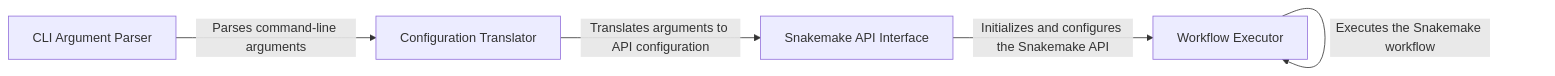
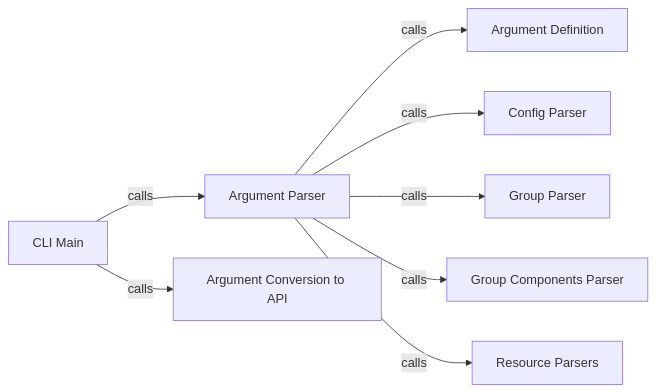
Before and after one commit to CodeBoarding/GeneratedOnBoardings: the diagram in snakemake/Command Line Interface.md, drawn with Mermaid. The commit also changed other lines of this file and 11 other files, not shown here.

````diff
--- a/snakemake/Command Line Interface.md
+++ b/snakemake/Command Line Interface.md
@@ -1,11 +1,18 @@
 ```mermaid
 graph LR
-    CLI_Argument_Parser["CLI Argument Parser"]
-    Configuration_Translator["Configuration Translator"]
-    Snakemake_API_Interface["Snakemake API Interface"]
-    Workflow_Executor["Workflow Executor"]
-    CLI_Argument_Parser -- "Parses command-line arguments" --> Configuration_Translator
-    Configuration_Translator -- "Translates arguments to API configuration" --> Snakemake_API_Interface
-    Snakemake_API_Interface -- "Initializes and configures the Snakemake API" --> Workflow_Executor
-    Workflow_Executor -- "Executes the Snakemake workflow" --> Workflow_Executor
+    CLI_Main["CLI Main"]
+    Argument_Parser["Argument Parser"]
+    Argument_Definition["Argument Definition"]
+    Config_Parser["Config Parser"]
+    Argument_Conversion_to_API["Argument Conversion to API"]
+    Group_Parser["Group Parser"]
+    Group_Components_Parser["Group Components Parser"]
+    Resource_Parsers["Resource Parsers"]
+    CLI_Main -- "calls" --> Argument_Parser
+    CLI_Main -- "calls" --> Argument_Conversion_to_API
+    Argument_Parser -- "calls" --> Argument_Definition
+    Argument_Parser -- "calls" --> Config_Parser
+    Argument_Parser -- "calls" --> Group_Parser
+    Argument_Parser -- "calls" --> Group_Components_Parser
+    Argument_Parser -- "calls" --> Resource_Parsers
 ```
````
